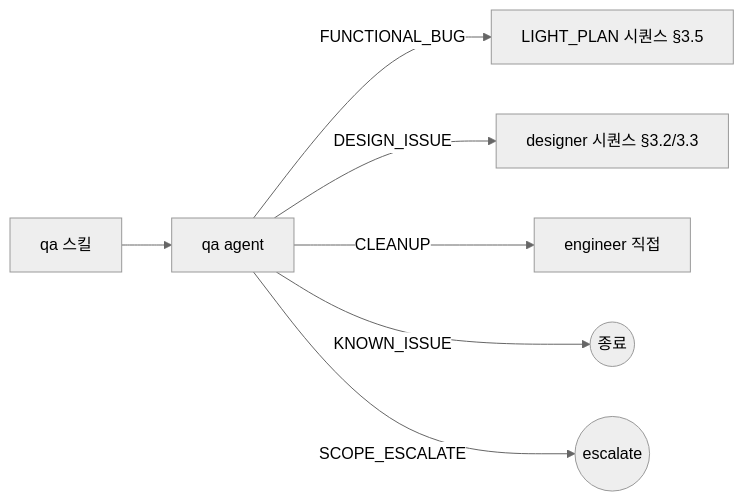
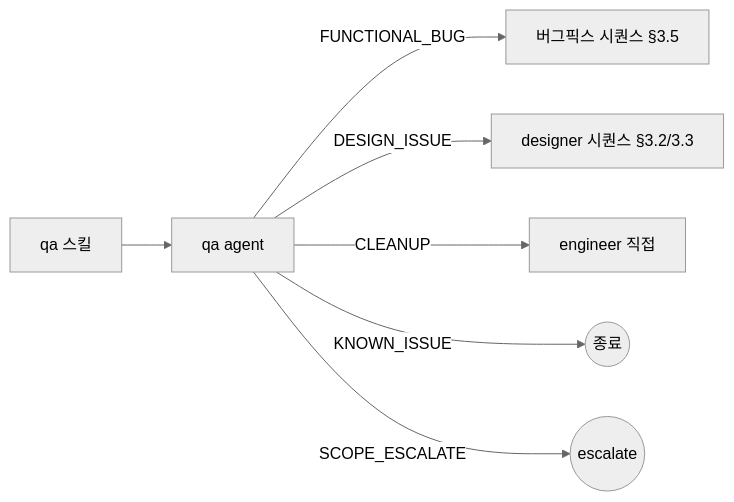
One commit to alruminum/dcNess changed the eighth of 8 diagrams in docs/plugin/orchestration.md. Above: the diagram before and after it, drawn with Mermaid (neutral theme). The commit also changed other lines of this file and 26 other files, not shown here.

First line of the commit message:
[docs] architect 6 mode → system-architect / module-architect 2 agent 평탄화

````diff
--- a/docs/plugin/orchestration.md
+++ b/docs/plugin/orchestration.md
@@ -187,9 +187,9 @@
 ```mermaid
 flowchart LR
     qa[qa 스킬] --> qaa[qa agent]
-    qaa -->|FUNCTIONAL_BUG| lp[LIGHT_PLAN 시퀀스 §3.5]
+    qaa -->|FUNCTIONAL_BUG| lp[버그픽스 시퀀스 §3.5]
     qaa -->|DESIGN_ISSUE| ds[designer 시퀀스 §3.2/3.3]
     qaa -->|CLEANUP| eng[engineer 직접]
     qaa -->|KNOWN_ISSUE| stop((종료))
     qaa -->|SCOPE_ESCALATE| esc((escalate))
 ```
````
